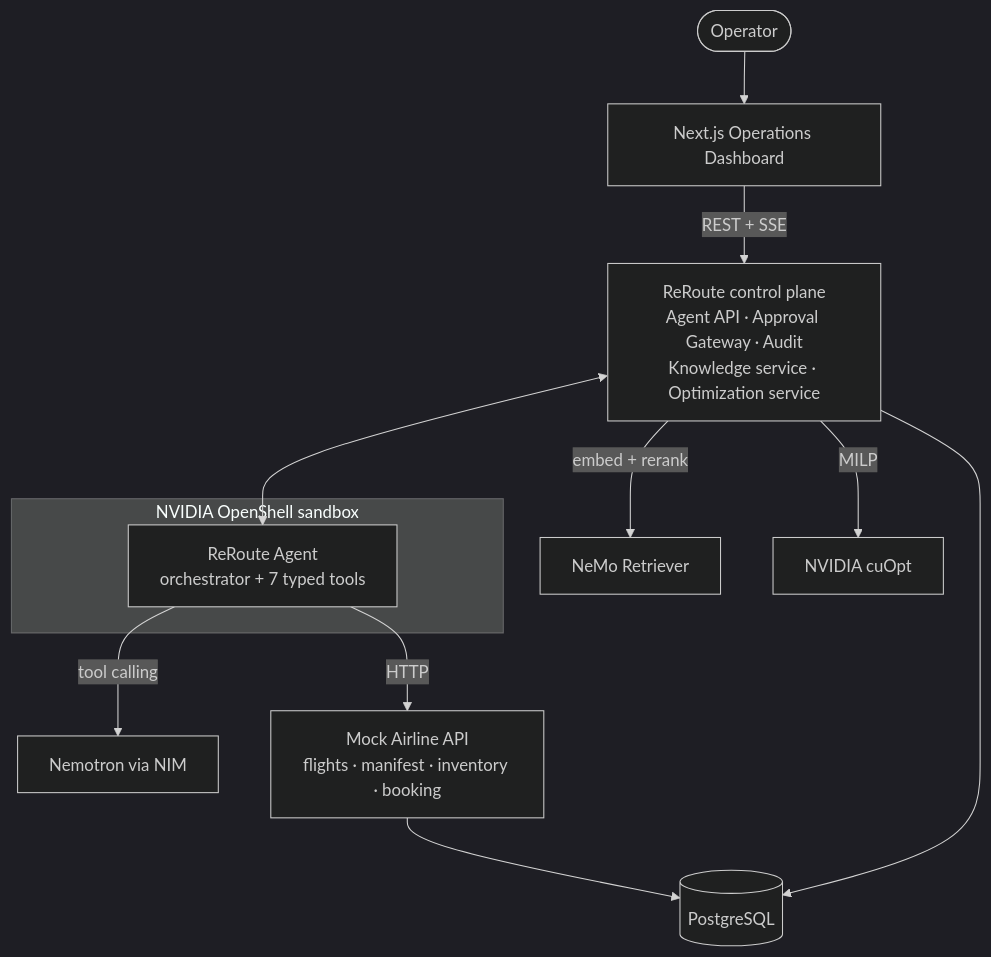
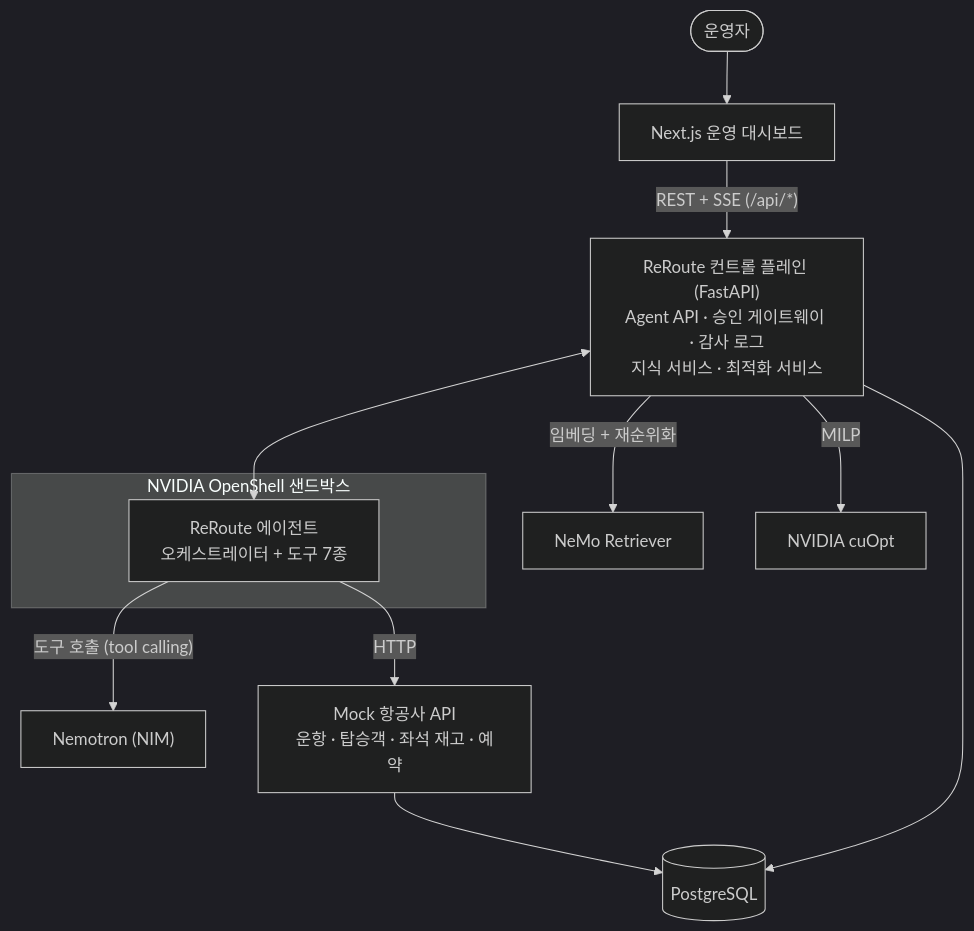
One commit to hyunolike/reroute-irops-agent changed the second of 4 diagrams in README.md. Above: the diagram before and after it, drawn with Mermaid (dark theme). The commit also changed other lines of this file and 2 other files, not shown here.

First line of the commit message:
Korean documentation: README, architecture, AWS deployment guide

````diff
--- a/README.md
+++ b/README.md
@@ -84,15 +103,15 @@
 ```mermaid
 flowchart TB
-    op([Operator]) --> web[Next.js Operations Dashboard]
-    web -- "REST + SSE" --> cp[ReRoute control plane<br/>Agent API · Approval Gateway · Audit<br/>Knowledge service · Optimization service]
-    subgraph sandbox[NVIDIA OpenShell sandbox]
-        agent[ReRoute Agent<br/>orchestrator + 7 typed tools]
+    op([운영자]) --> web["Next.js 운영 대시보드"]
+    web -- "REST + SSE (/api/*)" --> cp["ReRoute 컨트롤 플레인 (FastAPI)<br/>Agent API · 승인 게이트웨이 · 감사 로그<br/>지식 서비스 · 최적화 서비스"]
+    subgraph sandbox["NVIDIA OpenShell 샌드박스"]
+        agent["ReRoute 에이전트<br/>오케스트레이터 + 도구 7종"]
     end
     cp <--> agent
-    agent -- tool calling --> nim[Nemotron via NIM]
-    agent -- HTTP --> airline[Mock Airline API<br/>flights · manifest · inventory · booking]
-    cp -- embed + rerank --> ret[NeMo Retriever]
-    cp -- MILP --> cuopt[NVIDIA cuOpt]
+    agent -- "도구 호출 (tool calling)" --> nim["Nemotron (NIM)"]
+    agent -- HTTP --> airline["Mock 항공사 API<br/>운항 · 탑승객 · 좌석 재고 · 예약"]
+    cp -- "임베딩 + 재순위화" --> ret["NeMo Retriever"]
+    cp -- MILP --> cuopt["NVIDIA cuOpt"]
     cp --> db[(PostgreSQL)]
     airline --> db
 ```
````
